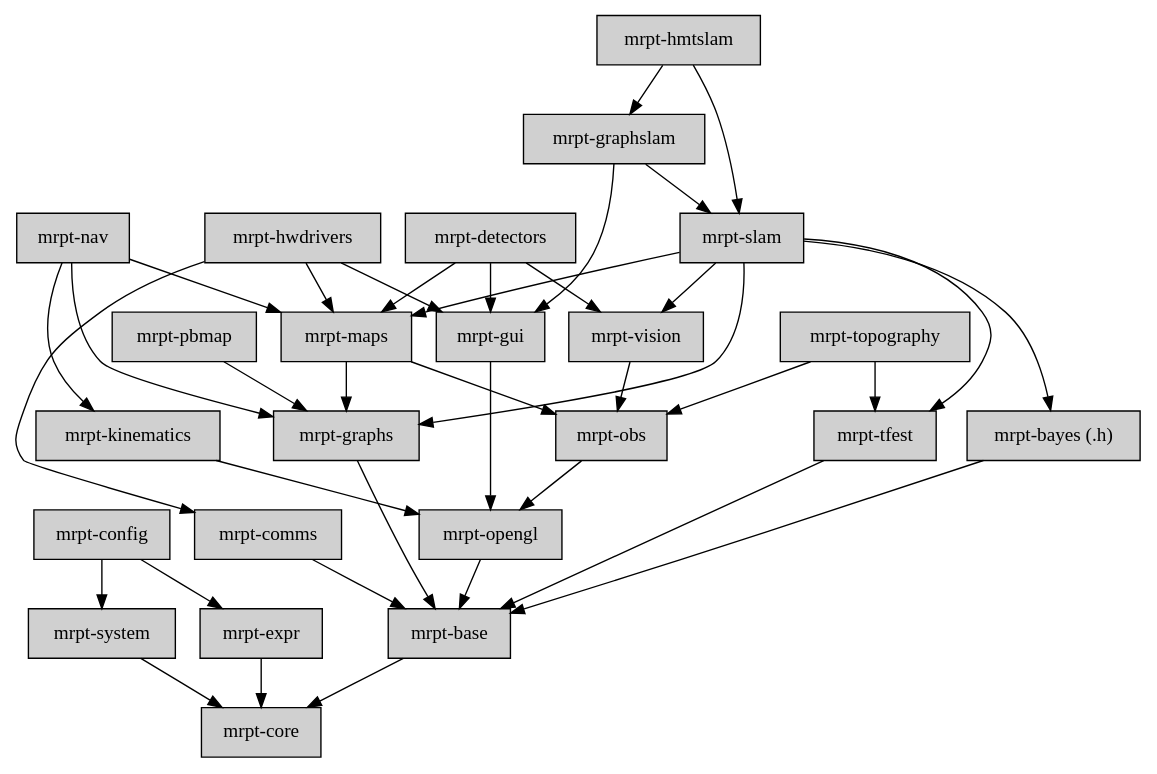
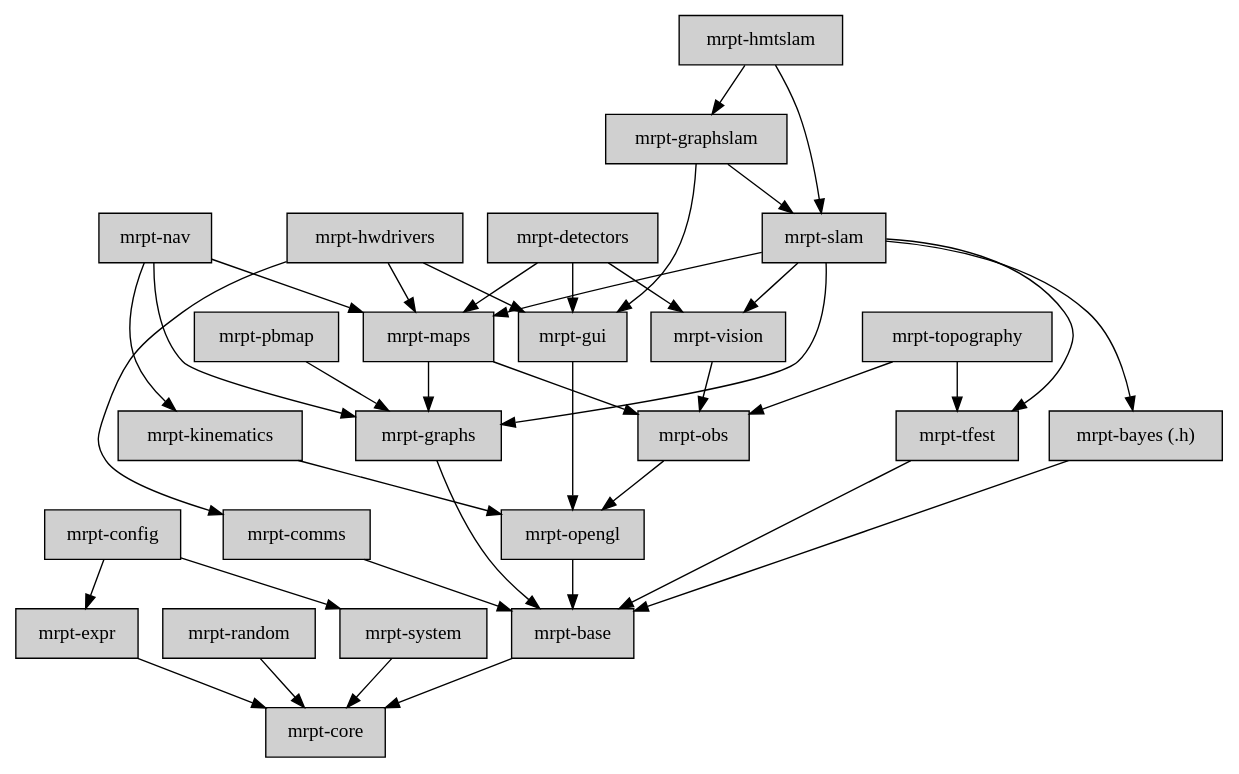
Before and after one commit to MRPT/mrpt: the diagram in doc/design_of_images/graph_mrpt_libs.dot, drawn with Graphviz. The commit also changed 11 other files, not shown here.

First line of the commit message:
added new module mrpt-random

```diff
--- a/doc/design_of_images/graph_mrpt_libs.dot
+++ b/doc/design_of_images/graph_mrpt_libs.dot
@@ -1,88 +1,91 @@
 digraph MRPT_LIBS {
 
 	node [shape=box,style=filled, fillcolor="#D0D0D0"];
 
 	core       [label="mrpt-core",URL="group__mrpt__core__grp.html"];
 	
 	expr       [label="mrpt-expr",URL="group__mrpt__expr__grp.html"];
 	expr -> core;
+
+	random     [label="mrpt-random",URL="group__mrpt__random__grp.html"];
+	random -> core;
 	
 	system     [label="mrpt-system",URL="group__mrpt__system__grp.html"];
 	system -> core;
 	
 	config     [label="mrpt-config",URL="group__mrpt__config__grp.html"];
 	config -> expr;
 	config -> system;
 	
 	base       [label="mrpt-base",URL="group__mrpt__base__grp.html"];
 	base -> core;
 	
 	comms      [label="mrpt-comms",URL="group__mrpt__comms__grp.html"];
 	comms -> base;
 	
 	graphs     [label="mrpt-graphs",URL="group__mrpt__graphs__grp.html"];
 	graphs -> base;
 	
 	bayes      [label="mrpt-bayes (.h)",URL="group__mrpt__bayes__grp.html"];
 	bayes -> base;
 
 	opengl     [label="mrpt-opengl", URL="group__mrpt__opengl__grp.html"];
 	opengl -> base;
 
 	gui        [label="mrpt-gui",URL="group__mrpt__gui__grp.html"];
 	gui -> opengl;
 
 	obs        [label="mrpt-obs",URL="group__mrpt__obs__grp.html"];
 	obs -> opengl;
 
 	hwdrivers  [label="mrpt-hwdrivers",URL="group__mrpt__hwdrivers__grp.html"];
 	hwdrivers -> gui;
 	hwdrivers -> maps;
 	hwdrivers -> comms;
 
 	topography [label="mrpt-topography",URL="group__mrpt__topography__grp.html"];
 	topography -> obs;
 	topography -> tfest;
 
 	maps       [label="mrpt-maps",URL="group__mrpt__maps__grp.html"];
 	maps -> obs;
 	maps -> graphs;
 
 	vision     [label="mrpt-vision",URL="group__mrpt__vision__grp.html"];
 	vision -> obs;
 
 	tfest      [label="mrpt-tfest",URL="group__mrpt__tfest__grp.html"];
 	tfest -> base;
 
 	slam       [label="mrpt-slam",URL="group__mrpt__slam__grp.html"];
 	slam -> maps;
 	slam -> vision;
 	slam -> tfest;
 	slam -> bayes;
 	slam -> graphs;
 
 	graphslam  [label="mrpt-graphslam",URL="group__mrpt__graphslam__grp.html"];
 	graphslam -> slam;
 	graphslam -> gui;
 
 	hmtslam    [label="mrpt-hmtslam",URL="group__mrpt__hmtslam__grp.html"];
 	hmtslam -> slam;
 	hmtslam -> graphslam;
 
 	nav        [label="mrpt-nav",URL="group__mrpt__nav__grp.html"];
 	nav -> maps;
 	nav -> graphs;
 	nav -> kinematics;
 
 	detectors  [label="mrpt-detectors",URL="group__mrpt__detectors__grp.html"];
 	detectors -> vision;
 	detectors -> maps;
 	detectors -> gui;
 
 	kinematics [label="mrpt-kinematics",URL="group__mrpt__kinematics__grp.html"];
 	kinematics -> opengl;
 
 	pbmap      [label="mrpt-pbmap",URL="group__mrpt__pbmap__grp.html"];
 	pbmap -> graphs;
 
 }
```
